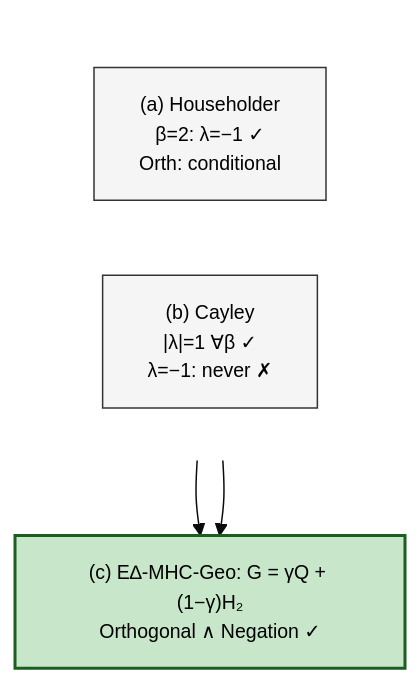
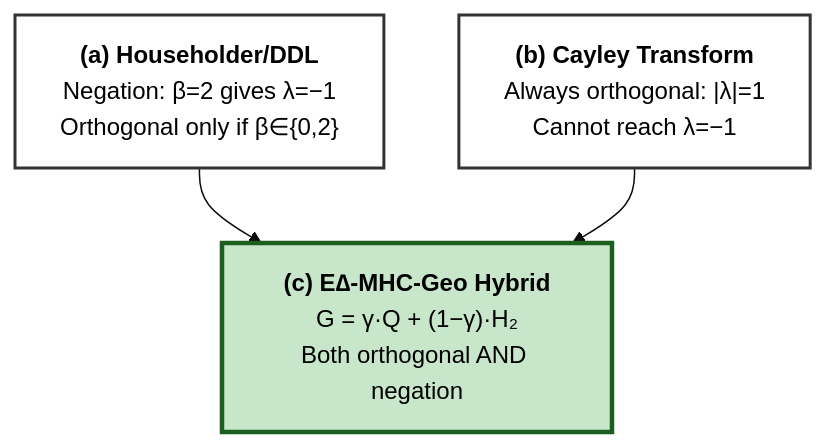
Before and after one commit to arash-shahmansoori/edelta: the fourth of 7 diagrams in docs/RESEARCH.md, drawn with Mermaid.

Commit message:
Increase Figure 3 font to 16px for better visibility

````diff
--- a/docs/RESEARCH.md
+++ b/docs/RESEARCH.md
@@ -1046,14 +1046,14 @@
 ```mermaid
-%%{init: {'theme': 'base', 'themeVariables': { 'fontSize': '13px', 'fontFamily': 'Arial', 'primaryTextColor': '#000'}}}%%
+%%{init: {'theme': 'base', 'themeVariables': { 'fontSize': '16px', 'fontFamily': 'Arial', 'primaryTextColor': '#000000'}}}%%
 flowchart TB
-    subgraph TOP[" "]
-        direction LR
-        DDL["(a) Householder<br/>β=2: λ=−1 ✓<br/>Orth: conditional"]
-        CAY["(b) Cayley<br/>|λ|=1 ∀β ✓<br/>λ=−1: never ✗"]
-    end
-    DDL & CAY --> HYB["(c) E∆-MHC-Geo: G = γQ + (1−γ)H₂<br/>Orthogonal ∧ Negation ✓"]
-    style DDL fill:#f5f5f5,stroke:#333
-    style CAY fill:#f5f5f5,stroke:#333
-    style HYB fill:#c8e6c9,stroke:#1b5e20,stroke-width:2px
-    style TOP fill:none,stroke:none
+    DDL["<b>(a) Householder/DDL</b><br/>Negation: β=2 gives λ=−1<br/>Orthogonal only if β∈{0,2}"]
+    CAY["<b>(b) Cayley Transform</b><br/>Always orthogonal: |λ|=1<br/>Cannot reach λ=−1"]
+    HYB["<b>(c) E∆-MHC-Geo Hybrid</b><br/>G = γ·Q + (1−γ)·H₂<br/>Both orthogonal AND negation"]
+    
+    DDL --> HYB
+    CAY --> HYB
+    
+    style DDL fill:#ffffff,stroke:#333333,stroke-width:2px
+    style CAY fill:#ffffff,stroke:#333333,stroke-width:2px
+    style HYB fill:#c8e6c9,stroke:#1b5e20,stroke-width:3px
 ```
````
